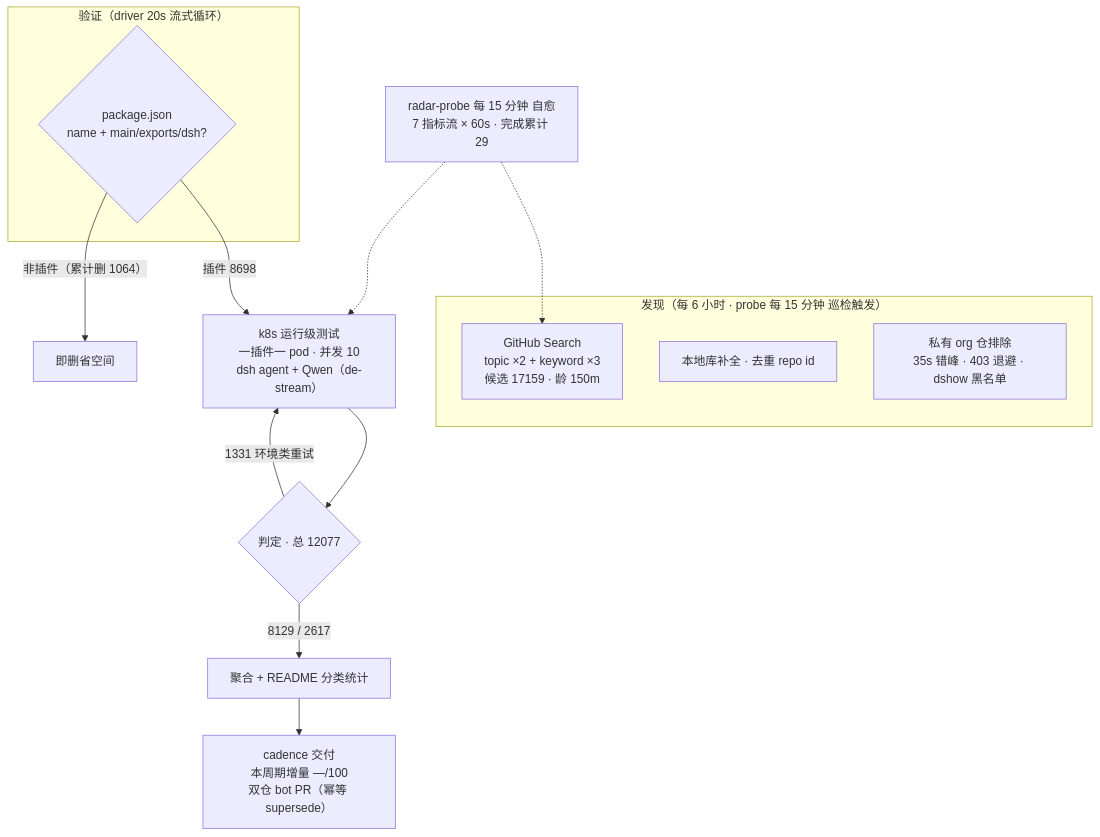
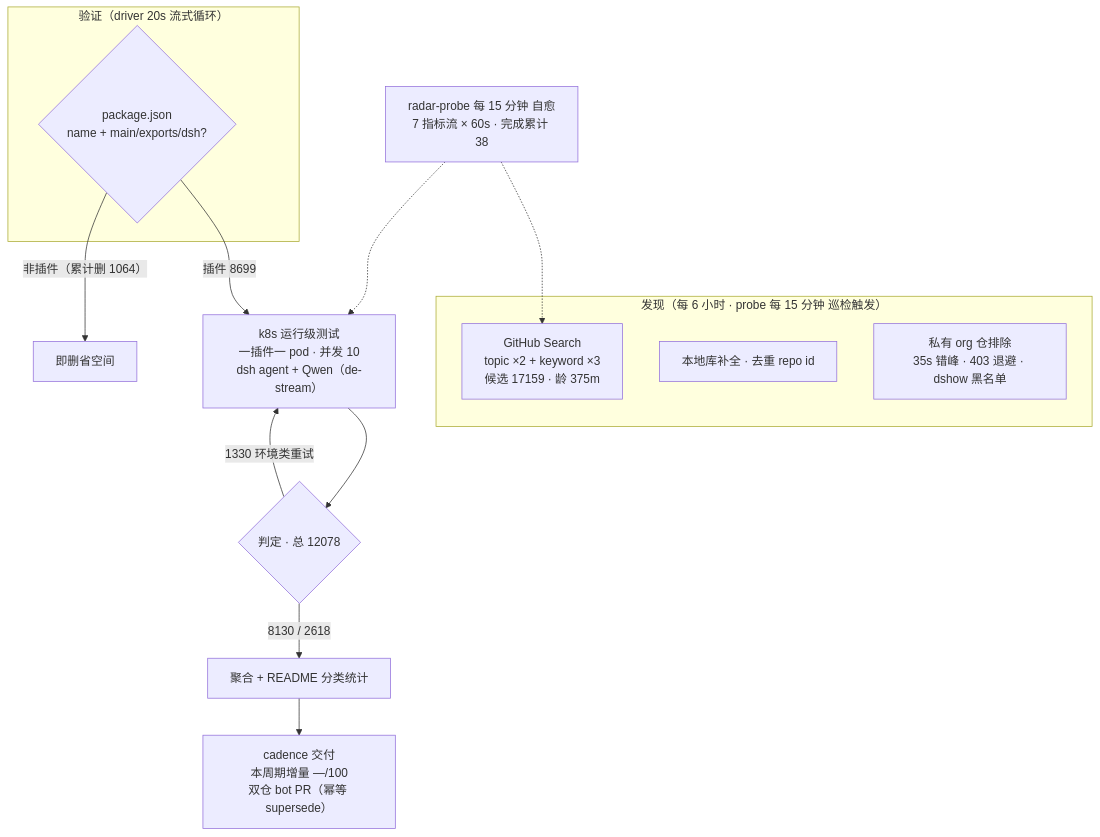
The diagram in README.md (Zhidao-Lab-OSS/awesome-dsh-plugins), drawn with Mermaid before and after one commit. The commit also changed other lines of this file and 1 other file, not shown here.

````diff
--- a/README.md
+++ b/README.md
@@ -52,20 +52,20 @@
 ```mermaid
 flowchart TB
     subgraph Discovery["发现（每 6 小时 · probe 每 15 分钟 巡检触发）"]
-        A1["GitHub Search<br/>topic ×2 + keyword ×3<br/>候选 17159 · 龄 150m"]
+        A1["GitHub Search<br/>topic ×2 + keyword ×3<br/>候选 17159 · 龄 375m"]
         A2["本地库补全 · 去重 repo id"]
         A3["私有 org 仓排除<br/>35s 错峰 · 403 退避 · dshow 黑名单"]
     end
     subgraph Validation["验证（driver 20s 流式循环）"]
         B1{"package.json<br/>name + main/exports/dsh?"}
     end
-    B1 -->|"插件 8698"| C1["k8s 运行级测试<br/>一插件一 pod · 并发 10<br/>dsh agent + Qwen（de-stream）"]
+    B1 -->|"插件 8699"| C1["k8s 运行级测试<br/>一插件一 pod · 并发 10<br/>dsh agent + Qwen（de-stream）"]
     B1 -->|"非插件（累计删 1064）"| B3["即删省空间"]
-    C1 --> D1{"判定 · 总 12077"}
-    D1 -->|"8129 / 2617"| E1["聚合 + README 分类统计"]
-    D1 -->|"1331 环境类重试"| C1
+    C1 --> D1{"判定 · 总 12078"}
+    D1 -->|"8130 / 2618"| E1["聚合 + README 分类统计"]
+    D1 -->|"1330 环境类重试"| C1
     E1 --> E2["cadence 交付<br/>本周期增量 —/100<br/>双仓 bot PR（幂等 supersede）"]
-    M["radar-probe 每 15 分钟 自愈<br/>7 指标流 × 60s · 完成累计 29"]
+    M["radar-probe 每 15 分钟 自愈<br/>7 指标流 × 60s · 完成累计 38"]
     M -.-> A1
     M -.-> C1
 ```
````
